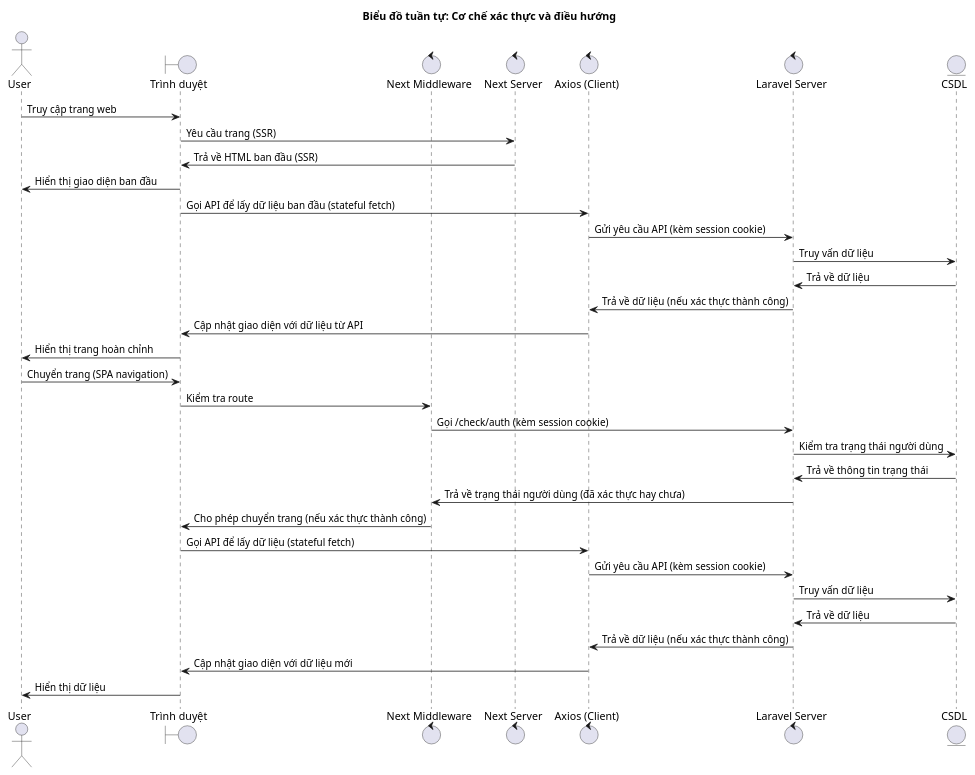
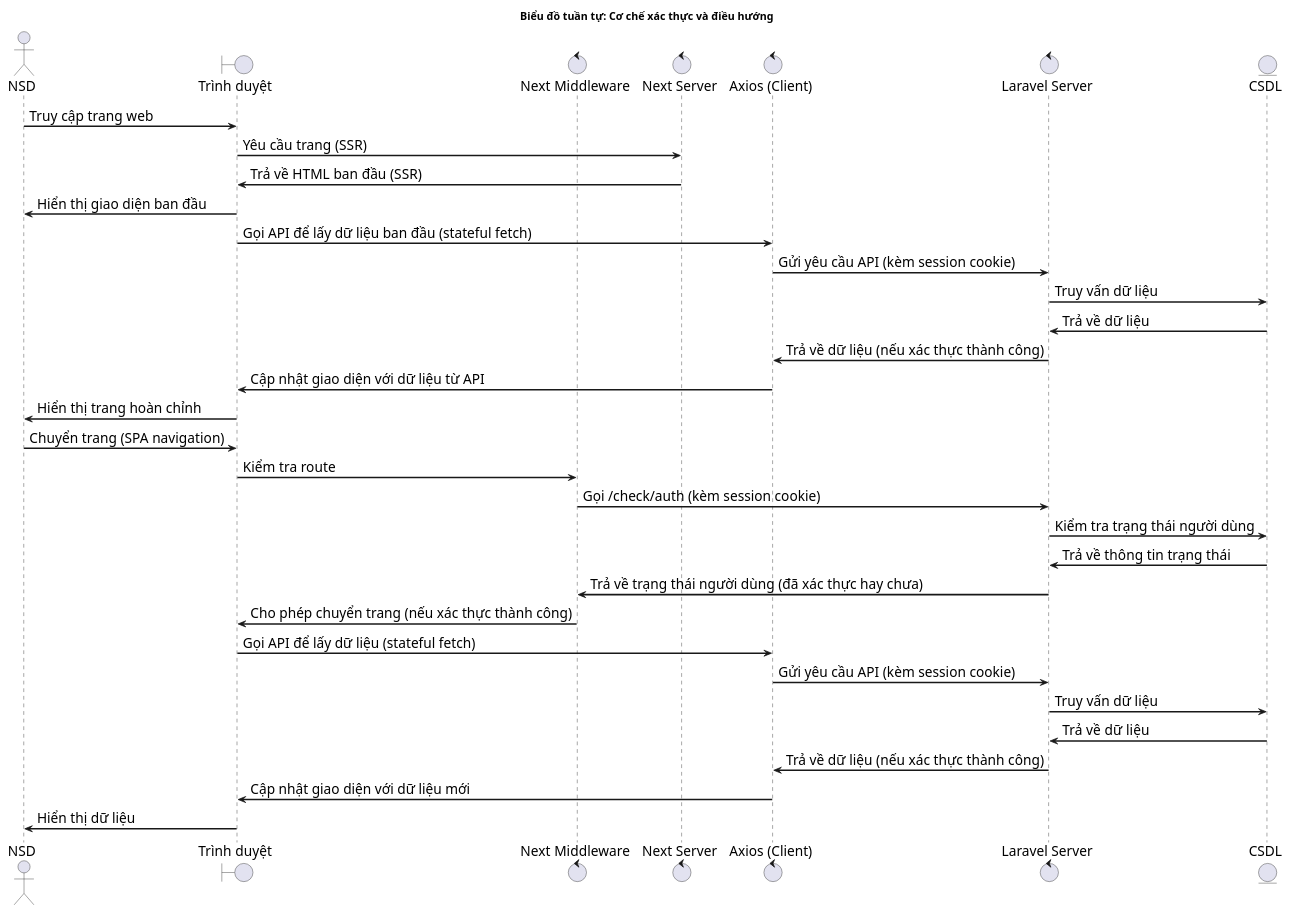
The diagram in basic_auth.plantuml (nghiathe/code-academy-diagram), drawn with PlantUML before and after one commit. The commit also changed 5 other files, not shown here.

```diff
--- a/basic_auth.plantuml
+++ b/basic_auth.plantuml
@@ -1,45 +1,51 @@
 @startuml
 
-actor User
+skinparam defaultFontSize 18
+skinparam classBorderThickness 2
+skinparam arrowThickness 2
+skinparam classFontSize 18
+skinparam noteFontSize 16
+
+actor "NSD" as User
 boundary "Trình duyệt" as Browser
 control "Next Middleware" as Middleware
 control "Next Server" as NextServer
 control "Axios (Client)" as Axios
 control "Laravel Server" as Laravel
 entity "CSDL" as Database
 
 ' Bước 1: Người dùng truy cập trang web
 User -> Browser: Truy cập trang web
 Browser -> NextServer: Yêu cầu trang (SSR)
 NextServer -> Browser: Trả về HTML ban đầu (SSR)
 Browser -> User: Hiển thị giao diện ban đầu
 Browser -> Axios: Gọi API để lấy dữ liệu ban đầu (stateful fetch)
 Axios -> Laravel: Gửi yêu cầu API (kèm session cookie)
 Laravel -> Database: Truy vấn dữ liệu
 Database -> Laravel: Trả về dữ liệu
 Laravel -> Axios: Trả về dữ liệu (nếu xác thực thành công)
 Axios -> Browser: Cập nhật giao diện với dữ liệu từ API
 Browser -> User: Hiển thị trang hoàn chỉnh
 
 ' Bước 2: Người dùng chuyển trang trong SPA
 User -> Browser: Chuyển trang (SPA navigation)
 Browser -> Middleware: Kiểm tra route
 Middleware -> Laravel: Gọi /check/auth (kèm session cookie)
 Laravel -> Database: Kiểm tra trạng thái người dùng
 Database -> Laravel: Trả về thông tin trạng thái
 Laravel -> Middleware: Trả về trạng thái người dùng (đã xác thực hay chưa)
 Middleware -> Browser: Cho phép chuyển trang (nếu xác thực thành công)
 
 ' Bước 3: Client fetch dữ liệu từ backend
 Browser -> Axios: Gọi API để lấy dữ liệu (stateful fetch)
 Axios -> Laravel: Gửi yêu cầu API (kèm session cookie)
 Laravel -> Database: Truy vấn dữ liệu
 Database -> Laravel: Trả về dữ liệu
 Laravel -> Axios: Trả về dữ liệu (nếu xác thực thành công)
 Axios -> Browser: Cập nhật giao diện với dữ liệu mới
 Browser -> User: Hiển thị dữ liệu
 
 ' Tiêu đề biểu đồ
 title Biểu đồ tuần tự: Cơ chế xác thực và điều hướng
 
 @enduml
```
